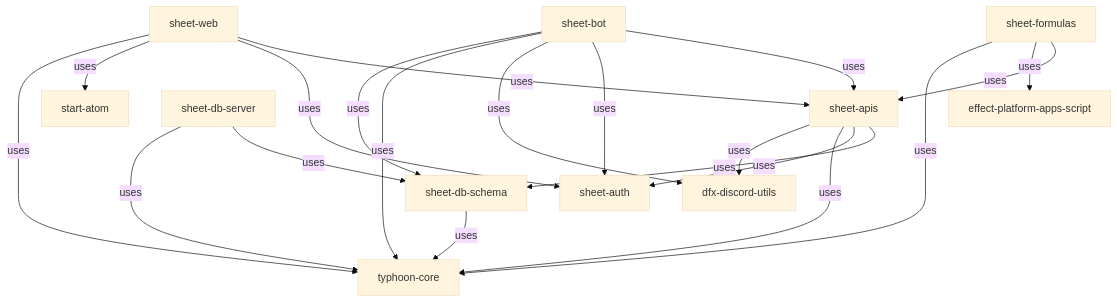
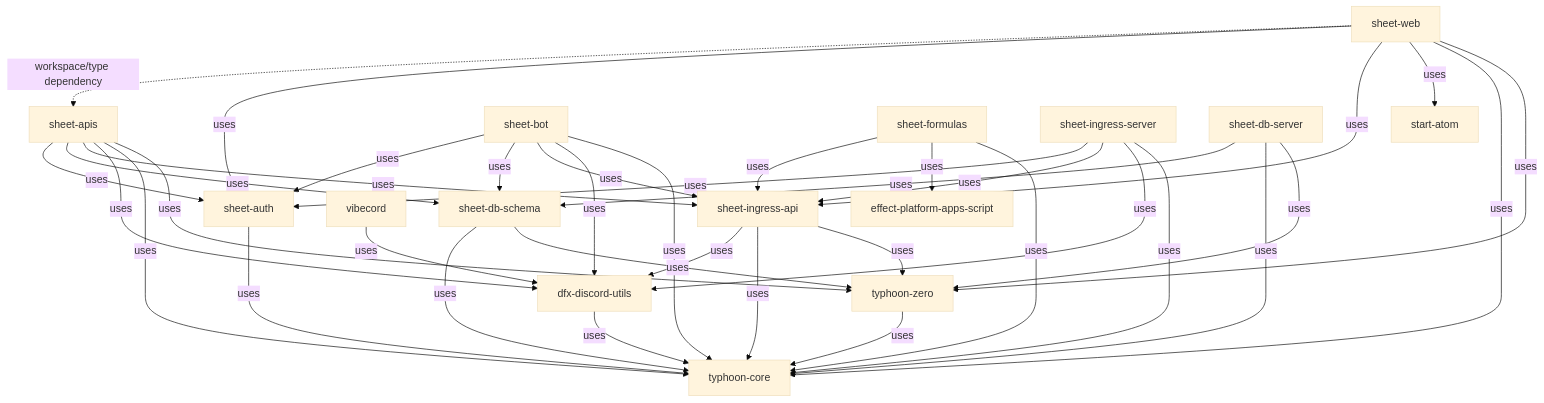
The third of 3 diagrams in README.md (TheerapakG/tiara-stack), drawn with Mermaid (base theme) before and after one commit. The commit also changed other lines of this file and 1 other file, not shown here.

First line of the commit message:
feat: introduce `sheet-ingress-api` shared HttpApi contracts and `sheet-ingress-server` ingress/proxy package, update docs and dependency graph (#387)

````diff
--- a/README.md
+++ b/README.md
@@ -322,27 +386,51 @@
 ```mermaid
 graph TD
-    Web[sheet-web] -->|uses| APIs[sheet-apis]
+    %% sheet-web runtime HTTP calls go through sheet-ingress-server;
+    %% sheet-apis remains a direct workspace dependency for shared API types.
+    Web[sheet-web] -.->|workspace/type dependency| APIs[sheet-apis]
     Web -->|uses| Auth[sheet-auth]
+    Web -->|uses| IngressAPI[sheet-ingress-api]
     Web -->|uses| Atom[start-atom]
     Web -->|uses| Core[typhoon-core]
+    Web -->|uses| Zero[typhoon-zero]
 
-    Bot[sheet-bot] -->|uses| APIs
-    Bot -->|uses| Auth
-    Bot -->|uses| DFX[dfx-discord-utils]
+    APIs -->|uses| Auth
+    APIs -->|uses| Schema[sheet-db-schema]
+    APIs -->|uses| IngressAPI
+    APIs -->|uses| DFX[dfx-discord-utils]
+    APIs -->|uses| Core
+    APIs -->|uses| Zero
+
+    Bot[sheet-bot] -->|uses| Auth
+    Bot -->|uses| Schema
+    Bot -->|uses| IngressAPI
+    Bot -->|uses| DFX
     Bot -->|uses| Core
-    Bot -->|uses| Schema[sheet-db-schema]
 
-    APIs -->|uses| Schema
-    APIs -->|uses| Auth
-    APIs -->|uses| Core
-    APIs -->|uses| DFX
+    Auth -->|uses| Core
+
+    Formulas[sheet-formulas] -->|uses| IngressAPI
+    Formulas -->|uses| GAS[effect-platform-apps-script]
+    Formulas -->|uses| Core
+
+    IngressServer[sheet-ingress-server] -->|uses| Auth
+    IngressServer -->|uses| IngressAPI
+    IngressServer -->|uses| DFX
+    IngressServer -->|uses| Core
+
+    IngressAPI -->|uses| DFX
+    IngressAPI -->|uses| Core
+    IngressAPI -->|uses| Zero
 
     DB[sheet-db-server] -->|uses| Schema
     DB -->|uses| Core
-
-    Formulas[sheet-formulas] -->|uses| APIs
-    Formulas -->|uses| GAS[effect-platform-apps-script]
-    Formulas -->|uses| Core
+    DB -->|uses| Zero
 
     Schema -->|uses| Core
+    Schema -->|uses| Zero
+
+    VibeCord[vibecord] -->|uses| DFX
+
+    DFX -->|uses| Core
+    Zero -->|uses| Core
 ```
````
